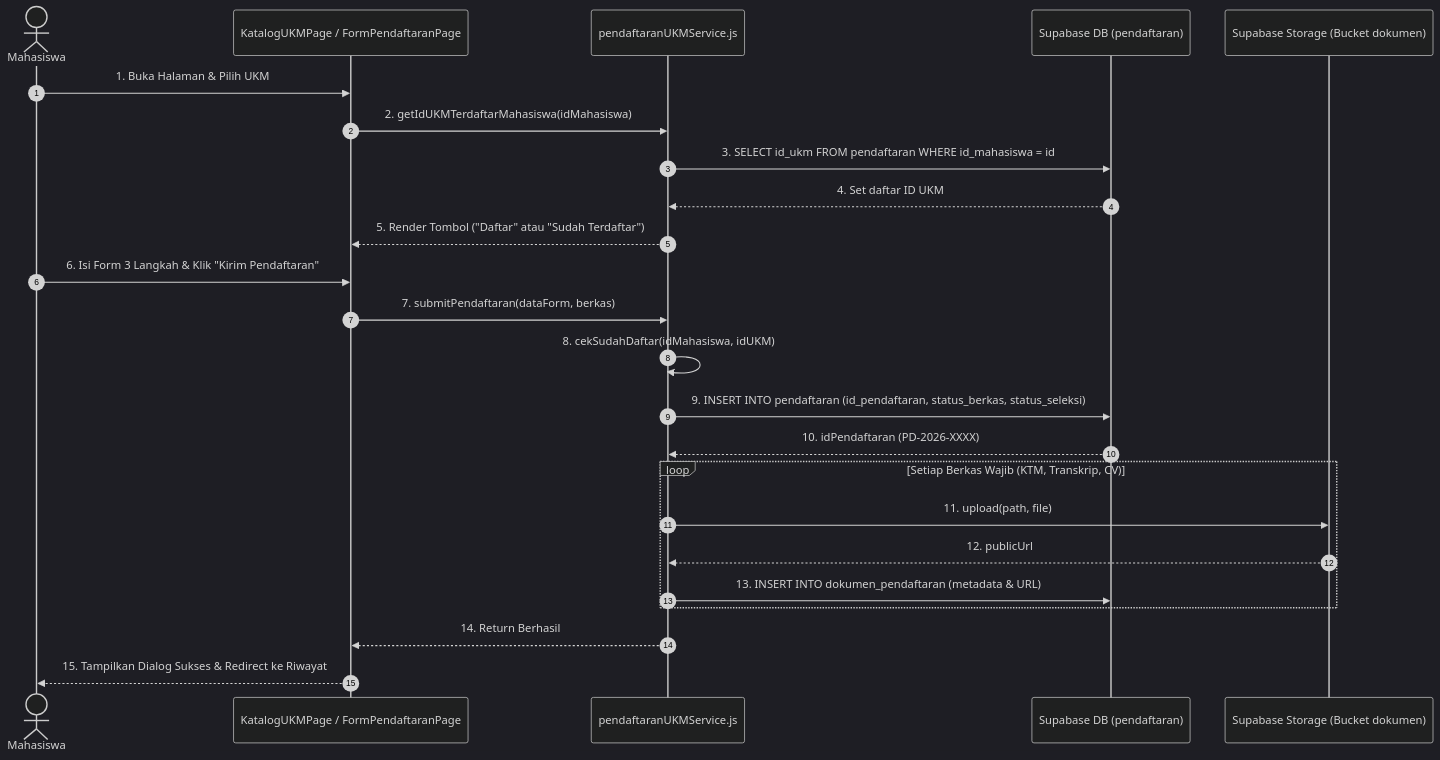
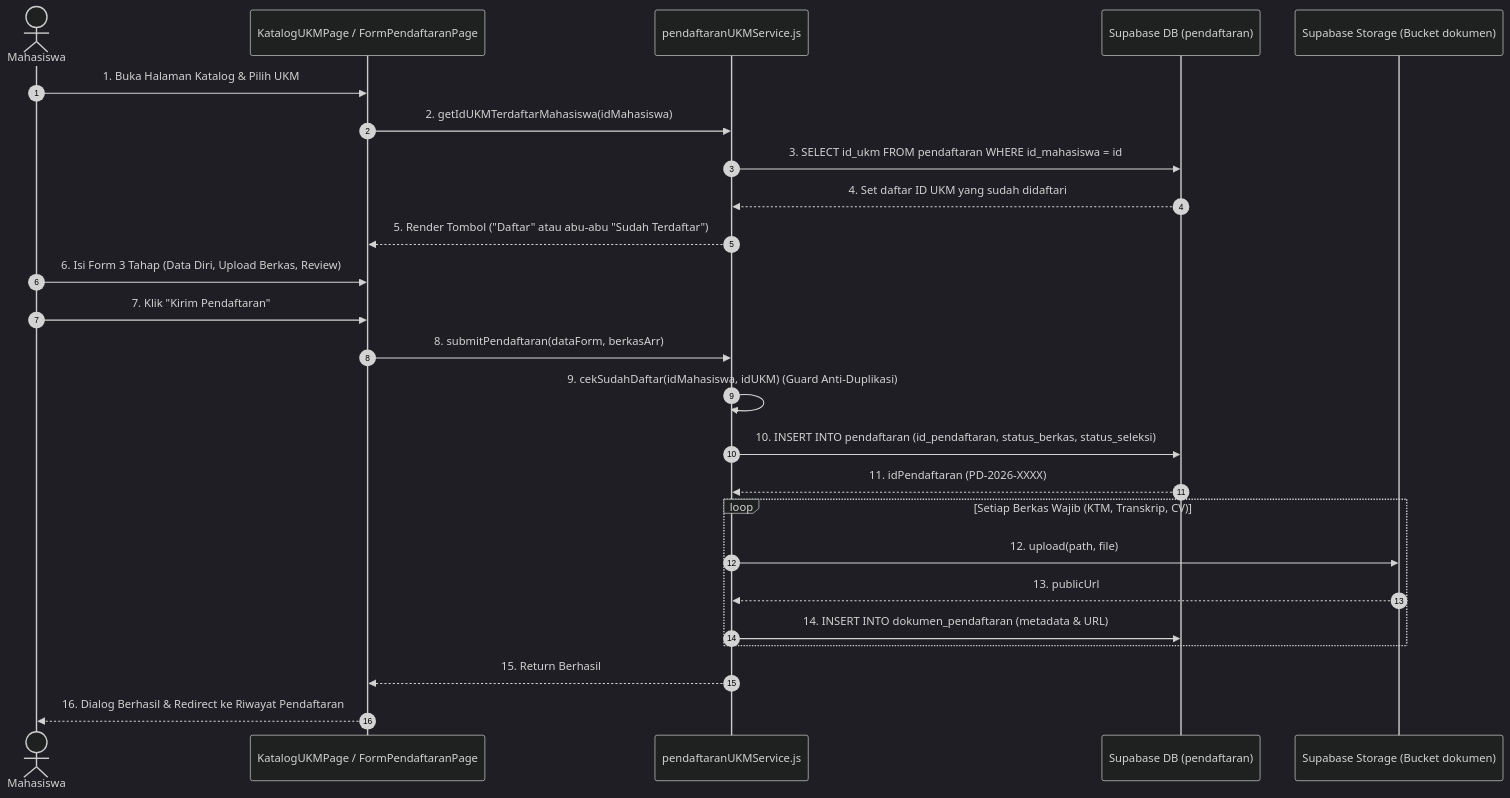
Before and after one commit to Cicatrixscar/SI-UKM-UB: the third of 5 diagrams in docs/Bedah_Detail_Diagram_vs_Kode.md, drawn with Mermaid (dark theme). The commit also changed other lines of this file and 1 other file, not shown here.

Commit message:
docs: lengkapi pemetaan seluruh 5 sequence diagram mahasiswa dan bedah mendalam class diagram

````diff
--- a/docs/Bedah_Detail_Diagram_vs_Kode.md
+++ b/docs/Bedah_Detail_Diagram_vs_Kode.md
@@ -13,29 +87,30 @@
 ```mermaid
 sequenceDiagram
     autonumber
     actor Mahasiswa
     participant View as KatalogUKMPage / FormPendaftaranPage
     participant Service as pendaftaranUKMService.js
     participant DB as Supabase DB (pendaftaran)
     participant Storage as Supabase Storage (Bucket dokumen)
 
-    Mahasiswa->>View: 1. Buka Halaman & Pilih UKM
+    Mahasiswa->>View: 1. Buka Halaman Katalog & Pilih UKM
     View->>Service: 2. getIdUKMTerdaftarMahasiswa(idMahasiswa)
     Service->>DB: 3. SELECT id_ukm FROM pendaftaran WHERE id_mahasiswa = id
-    DB-->>Service: 4. Set daftar ID UKM
-    Service-->>View: 5. Render Tombol ("Daftar" atau "Sudah Terdaftar")
+    DB-->>Service: 4. Set daftar ID UKM yang sudah didaftari
+    Service-->>View: 5. Render Tombol ("Daftar" atau abu-abu "Sudah Terdaftar")
     
-    Mahasiswa->>View: 6. Isi Form 3 Langkah & Klik "Kirim Pendaftaran"
-    View->>Service: 7. submitPendaftaran(dataForm, berkas)
-    Service->>Service: 8. cekSudahDaftar(idMahasiswa, idUKM)
-    Service->>DB: 9. INSERT INTO pendaftaran (id_pendaftaran, status_berkas, status_seleksi)
-    DB-->>Service: 10. idPendaftaran (PD-2026-XXXX)
+    Mahasiswa->>View: 6. Isi Form 3 Tahap (Data Diri, Upload Berkas, Review)
+    Mahasiswa->>View: 7. Klik "Kirim Pendaftaran"
+    View->>Service: 8. submitPendaftaran(dataForm, berkasArr)
+    Service->>Service: 9. cekSudahDaftar(idMahasiswa, idUKM) (Guard Anti-Duplikasi)
+    Service->>DB: 10. INSERT INTO pendaftaran (id_pendaftaran, status_berkas, status_seleksi)
+    DB-->>Service: 11. idPendaftaran (PD-2026-XXXX)
     
     loop Setiap Berkas Wajib (KTM, Transkrip, CV)
-        Service->>Storage: 11. upload(path, file)
-        Storage-->>Service: 12. publicUrl
-        Service->>DB: 13. INSERT INTO dokumen_pendaftaran (metadata & URL)
+        Service->>Storage: 12. upload(path, file)
+        Storage-->>Service: 13. publicUrl
+        Service->>DB: 14. INSERT INTO dokumen_pendaftaran (metadata & URL)
     end
-    Service-->>View: 14. Return Berhasil
-    View-->>Mahasiswa: 15. Tampilkan Dialog Sukses & Redirect ke Riwayat
+    Service-->>View: 15. Return Berhasil
+    View-->>Mahasiswa: 16. Dialog Berhasil & Redirect ke Riwayat Pendaftaran
 ```
````
